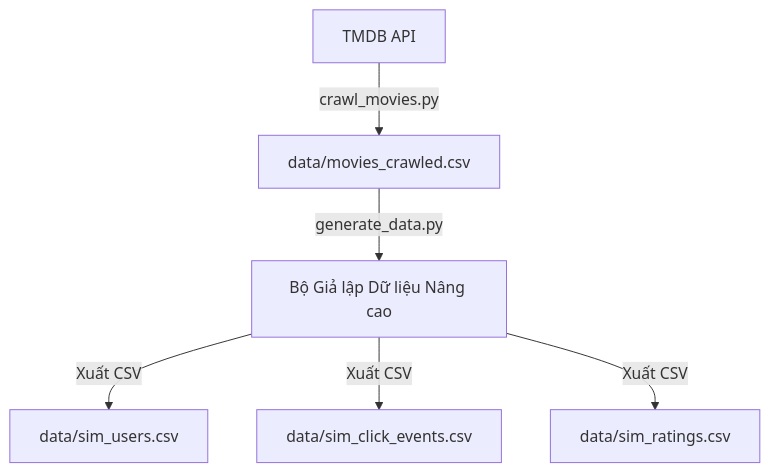
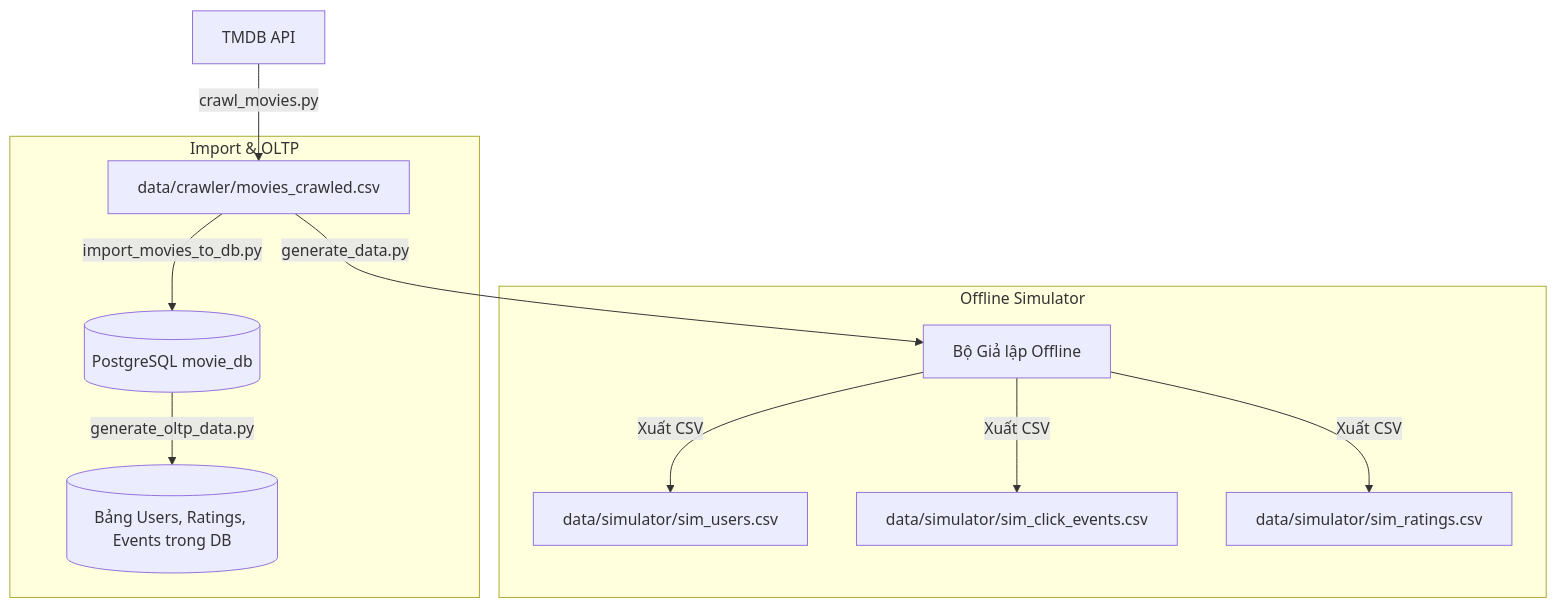
Before and after one commit to dducsw/movie-recsys: the diagram in data/simulator/README.md, drawn with Mermaid. The commit also changed other lines of this file and 14 other files, not shown here.

````diff
--- a/data/simulator/README.md
+++ b/data/simulator/README.md
@@ -11,8 +11,16 @@
 ```mermaid
 graph TD
-    TMDB[TMDB API] -->|crawl_movies.py| MC[data/movies_crawled.csv]
-    MC -->|generate_data.py| SIM[Bộ Giả lập Dữ liệu Nâng cao]
-    SIM -->|Xuất CSV| USERS[data/sim_users.csv]
-    SIM -->|Xuất CSV| CLICKS[data/sim_click_events.csv]
-    SIM -->|Xuất CSV| RATINGS[data/sim_ratings.csv]
+    TMDB[TMDB API] -->|crawl_movies.py| MC[data/crawler/movies_crawled.csv]
+    
+    subgraph Import & OLTP
+        MC -->|import_movies_to_db.py| DB[(PostgreSQL movie_db)]
+        DB -->|generate_oltp_data.py| OLTP_DATA[(Bảng Users, Ratings, Events trong DB)]
+    end
+
+    subgraph Offline Simulator
+        MC -->|generate_data.py| SIM[Bộ Giả lập Offline]
+        SIM -->|Xuất CSV| USERS[data/simulator/sim_users.csv]
+        SIM -->|Xuất CSV| CLICKS[data/simulator/sim_click_events.csv]
+        SIM -->|Xuất CSV| RATINGS[data/simulator/sim_ratings.csv]
+    end
 ```
````
